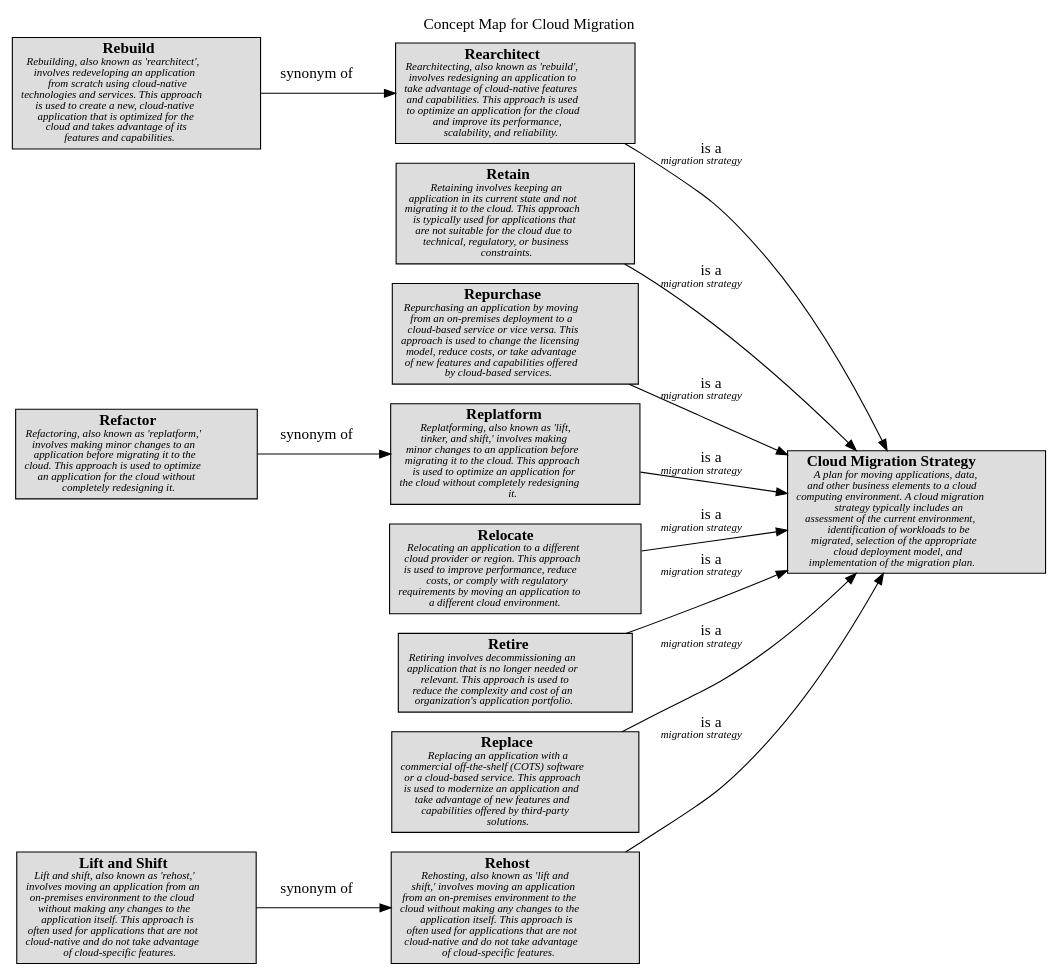
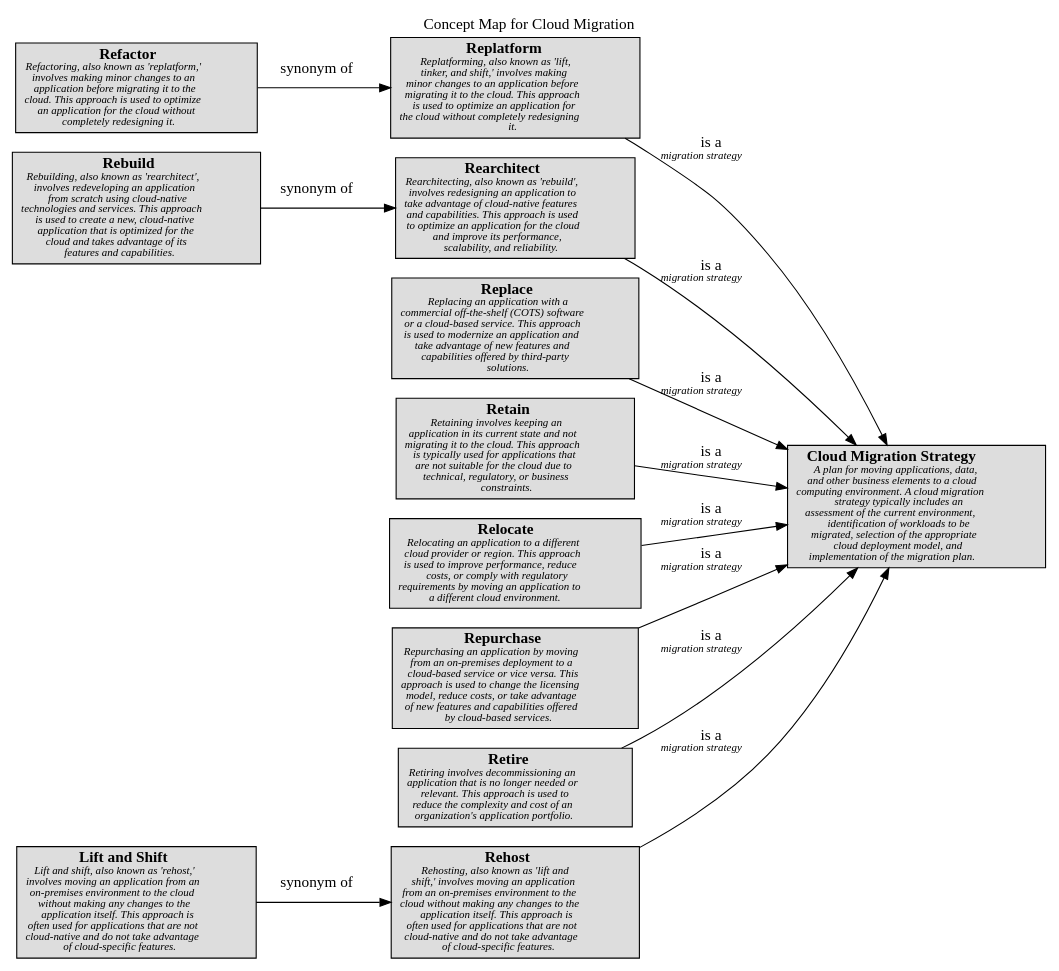
The diagram in docs/software-development/cloud/migration/concept-view.dot (lsolbach/overarch-models), drawn with Graphviz before and after one commit. The commit also changed other lines of this file and 137 other files, not shown here.

```diff
--- a/docs/software-development/cloud/migration/concept-view.dot
+++ b/docs/software-development/cloud/migration/concept-view.dot
@@ -1,34 +1,34 @@
 digraph "Concept Map for Cloud Migration" {
   labelloc= "t"
   label="Concept Map for Cloud Migration"
   rankdir="LR"
 
   layout=dot
+software_development_cloud_migration__refactor [shape=box style=filled fillcolor="#dddddd" label=<<B>Refactor</B><BR/><FONT POINT-SIZE="10"><I>Refactoring, also known as &apos;replatform,&apos;<BR/>involves making minor changes to an<BR/>application before migrating it to the<BR/>cloud. This approach is used to optimize<BR/>an application for the cloud without<BR/>completely redesigning it. </I></FONT>>]
+software_development_cloud_migration__replatform [shape=box style=filled fillcolor="#dddddd" label=<<B>Replatform</B><BR/><FONT POINT-SIZE="10"><I>Replatforming, also known as &apos;lift,<BR/>tinker, and shift,&apos; involves making<BR/>minor changes to an application before<BR/>migrating it to the cloud. This approach<BR/>is used to optimize an application for<BR/>the cloud without completely redesigning<BR/>it. </I></FONT>>]
+software_development_cloud_migration__rebuild [shape=box style=filled fillcolor="#dddddd" label=<<B>Rebuild</B><BR/><FONT POINT-SIZE="10"><I>Rebuilding, also known as &apos;rearchitect&apos;,<BR/>involves redeveloping an application<BR/>from scratch using cloud-native<BR/>technologies and services. This approach<BR/>is used to create a new, cloud-native<BR/>application that is optimized for the<BR/>cloud and takes advantage of its<BR/>features and capabilities. </I></FONT>>]
+software_development_cloud_migration__rearchitect [shape=box style=filled fillcolor="#dddddd" label=<<B>Rearchitect</B><BR/><FONT POINT-SIZE="10"><I>Rearchitecting, also known as &apos;rebuild&apos;,<BR/>involves redesigning an application to<BR/>take advantage of cloud-native features<BR/>and capabilities. This approach is used<BR/>to optimize an application for the cloud<BR/>and improve its performance,<BR/>scalability, and reliability. </I></FONT>>]
+software_development_cloud_migration__replace [shape=box style=filled fillcolor="#dddddd" label=<<B>Replace</B><BR/><FONT POINT-SIZE="10"><I>Replacing an application with a<BR/>commercial off-the-shelf (COTS) software<BR/>or a cloud-based service. This approach<BR/>is used to modernize an application and<BR/>take advantage of new features and<BR/>capabilities offered by third-party<BR/>solutions. </I></FONT>>]
+software_development_cloud_migration__retain [shape=box style=filled fillcolor="#dddddd" label=<<B>Retain</B><BR/><FONT POINT-SIZE="10"><I>Retaining involves keeping an<BR/>application in its current state and not<BR/>migrating it to the cloud. This approach<BR/>is typically used for applications that<BR/>are not suitable for the cloud due to<BR/>technical, regulatory, or business<BR/>constraints. </I></FONT>>]
+software_development_cloud_migration__relocate [shape=box style=filled fillcolor="#dddddd" label=<<B>Relocate</B><BR/><FONT POINT-SIZE="10"><I>Relocating an application to a different<BR/>cloud provider or region. This approach<BR/>is used to improve performance, reduce<BR/>costs, or comply with regulatory<BR/>requirements by moving an application to<BR/>a different cloud environment. </I></FONT>>]
+software_development_cloud_migration__lift_and_shift [shape=box style=filled fillcolor="#dddddd" label=<<B>Lift and Shift</B><BR/><FONT POINT-SIZE="10"><I>Lift and shift, also known as &apos;rehost,&apos;<BR/>involves moving an application from an<BR/>on-premises environment to the cloud<BR/>without making any changes to the<BR/>application itself. This approach is<BR/>often used for applications that are not<BR/>cloud-native and do not take advantage<BR/>of cloud-specific features. </I></FONT>>]
+software_development_cloud_migration__repurchase [shape=box style=filled fillcolor="#dddddd" label=<<B>Repurchase</B><BR/><FONT POINT-SIZE="10"><I>Repurchasing an application by moving<BR/>from an on-premises deployment to a<BR/>cloud-based service or vice versa. This<BR/>approach is used to change the licensing<BR/>model, reduce costs, or take advantage<BR/>of new features and capabilities offered<BR/>by cloud-based services. </I></FONT>>]
+software_development_cloud_migration__retire [shape=box style=filled fillcolor="#dddddd" label=<<B>Retire</B><BR/><FONT POINT-SIZE="10"><I>Retiring involves decommissioning an<BR/>application that is no longer needed or<BR/>relevant. This approach is used to<BR/>reduce the complexity and cost of an<BR/>organization&apos;s application portfolio. </I></FONT>>]
 software_development_cloud_migration__rehost [shape=box style=filled fillcolor="#dddddd" label=<<B>Rehost</B><BR/><FONT POINT-SIZE="10"><I>Rehosting, also known as &apos;lift and<BR/>shift,&apos; involves moving an application<BR/>from an on-premises environment to the<BR/>cloud without making any changes to the<BR/>application itself. This approach is<BR/>often used for applications that are not<BR/>cloud-native and do not take advantage<BR/>of cloud-specific features. </I></FONT>>]
-software_development_cloud_migration__rearchitect [shape=box style=filled fillcolor="#dddddd" label=<<B>Rearchitect</B><BR/><FONT POINT-SIZE="10"><I>Rearchitecting, also known as &apos;rebuild&apos;,<BR/>involves redesigning an application to<BR/>take advantage of cloud-native features<BR/>and capabilities. This approach is used<BR/>to optimize an application for the cloud<BR/>and improve its performance,<BR/>scalability, and reliability. </I></FONT>>]
-software_development_cloud_migration__lift_and_shift [shape=box style=filled fillcolor="#dddddd" label=<<B>Lift and Shift</B><BR/><FONT POINT-SIZE="10"><I>Lift and shift, also known as &apos;rehost,&apos;<BR/>involves moving an application from an<BR/>on-premises environment to the cloud<BR/>without making any changes to the<BR/>application itself. This approach is<BR/>often used for applications that are not<BR/>cloud-native and do not take advantage<BR/>of cloud-specific features. </I></FONT>>]
-software_development_cloud_migration__rebuild [shape=box style=filled fillcolor="#dddddd" label=<<B>Rebuild</B><BR/><FONT POINT-SIZE="10"><I>Rebuilding, also known as &apos;rearchitect&apos;,<BR/>involves redeveloping an application<BR/>from scratch using cloud-native<BR/>technologies and services. This approach<BR/>is used to create a new, cloud-native<BR/>application that is optimized for the<BR/>cloud and takes advantage of its<BR/>features and capabilities. </I></FONT>>]
 software_development_cloud__cloud_migration_strategy [shape=box style=filled fillcolor="#dddddd" label=<<B>Cloud Migration Strategy</B><BR/><FONT POINT-SIZE="10"><I>A plan for moving applications, data,<BR/>and other business elements to a cloud<BR/>computing environment. A cloud migration<BR/>strategy typically includes an<BR/>assessment of the current environment,<BR/>identification of workloads to be<BR/>migrated, selection of the appropriate<BR/>cloud deployment model, and<BR/>implementation of the migration plan. </I></FONT>>]
-software_development_cloud_migration__retain [shape=box style=filled fillcolor="#dddddd" label=<<B>Retain</B><BR/><FONT POINT-SIZE="10"><I>Retaining involves keeping an<BR/>application in its current state and not<BR/>migrating it to the cloud. This approach<BR/>is typically used for applications that<BR/>are not suitable for the cloud due to<BR/>technical, regulatory, or business<BR/>constraints. </I></FONT>>]
-software_development_cloud_migration__refactor [shape=box style=filled fillcolor="#dddddd" label=<<B>Refactor</B><BR/><FONT POINT-SIZE="10"><I>Refactoring, also known as &apos;replatform,&apos;<BR/>involves making minor changes to an<BR/>application before migrating it to the<BR/>cloud. This approach is used to optimize<BR/>an application for the cloud without<BR/>completely redesigning it. </I></FONT>>]
-software_development_cloud_migration__repurchase [shape=box style=filled fillcolor="#dddddd" label=<<B>Repurchase</B><BR/><FONT POINT-SIZE="10"><I>Repurchasing an application by moving<BR/>from an on-premises deployment to a<BR/>cloud-based service or vice versa. This<BR/>approach is used to change the licensing<BR/>model, reduce costs, or take advantage<BR/>of new features and capabilities offered<BR/>by cloud-based services. </I></FONT>>]
-software_development_cloud_migration__replatform [shape=box style=filled fillcolor="#dddddd" label=<<B>Replatform</B><BR/><FONT POINT-SIZE="10"><I>Replatforming, also known as &apos;lift,<BR/>tinker, and shift,&apos; involves making<BR/>minor changes to an application before<BR/>migrating it to the cloud. This approach<BR/>is used to optimize an application for<BR/>the cloud without completely redesigning<BR/>it. </I></FONT>>]
-software_development_cloud_migration__relocate [shape=box style=filled fillcolor="#dddddd" label=<<B>Relocate</B><BR/><FONT POINT-SIZE="10"><I>Relocating an application to a different<BR/>cloud provider or region. This approach<BR/>is used to improve performance, reduce<BR/>costs, or comply with regulatory<BR/>requirements by moving an application to<BR/>a different cloud environment. </I></FONT>>]
-software_development_cloud_migration__retire [shape=box style=filled fillcolor="#dddddd" label=<<B>Retire</B><BR/><FONT POINT-SIZE="10"><I>Retiring involves decommissioning an<BR/>application that is no longer needed or<BR/>relevant. This approach is used to<BR/>reduce the complexity and cost of an<BR/>organization&apos;s application portfolio. </I></FONT>>]
-software_development_cloud_migration__replace [shape=box style=filled fillcolor="#dddddd" label=<<B>Replace</B><BR/><FONT POINT-SIZE="10"><I>Replacing an application with a<BR/>commercial off-the-shelf (COTS) software<BR/>or a cloud-based service. This approach<BR/>is used to modernize an application and<BR/>take advantage of new features and<BR/>capabilities offered by third-party<BR/>solutions. </I></FONT>>]
  
 software_development_cloud_migration__lift_and_shift -> software_development_cloud_migration__rehost [label=<synonym of<BR/><FONT POINT-SIZE="10"><I> </I></FONT>>]
 software_development_cloud_migration__retain -> software_development_cloud__cloud_migration_strategy [label=<is a<BR/><FONT POINT-SIZE="10"><I>migration strategy </I></FONT>>]
 software_development_cloud_migration__relocate -> software_development_cloud__cloud_migration_strategy [label=<is a<BR/><FONT POINT-SIZE="10"><I>migration strategy </I></FONT>>]
 software_development_cloud_migration__replatform -> software_development_cloud__cloud_migration_strategy [label=<is a<BR/><FONT POINT-SIZE="10"><I>migration strategy </I></FONT>>]
 software_development_cloud_migration__refactor -> software_development_cloud_migration__replatform [label=<synonym of<BR/><FONT POINT-SIZE="10"><I> </I></FONT>>]
 software_development_cloud_migration__rearchitect -> software_development_cloud__cloud_migration_strategy [label=<is a<BR/><FONT POINT-SIZE="10"><I>migration strategy </I></FONT>>]
 software_development_cloud_migration__repurchase -> software_development_cloud__cloud_migration_strategy [label=<is a<BR/><FONT POINT-SIZE="10"><I>migration strategy </I></FONT>>]
 software_development_cloud_migration__replace -> software_development_cloud__cloud_migration_strategy [label=<is a<BR/><FONT POINT-SIZE="10"><I>migration strategy </I></FONT>>]
 software_development_cloud_migration__rebuild -> software_development_cloud_migration__rearchitect [label=<synonym of<BR/><FONT POINT-SIZE="10"><I> </I></FONT>>]
 software_development_cloud_migration__rehost -> software_development_cloud__cloud_migration_strategy [label=<is a<BR/><FONT POINT-SIZE="10"><I>migration strategy </I></FONT>>]
 software_development_cloud_migration__retire -> software_development_cloud__cloud_migration_strategy [label=<is a<BR/><FONT POINT-SIZE="10"><I>migration strategy </I></FONT>>]
  
 }
 
 // (generated by Overarch with template views/view.dot.cmb)
```
